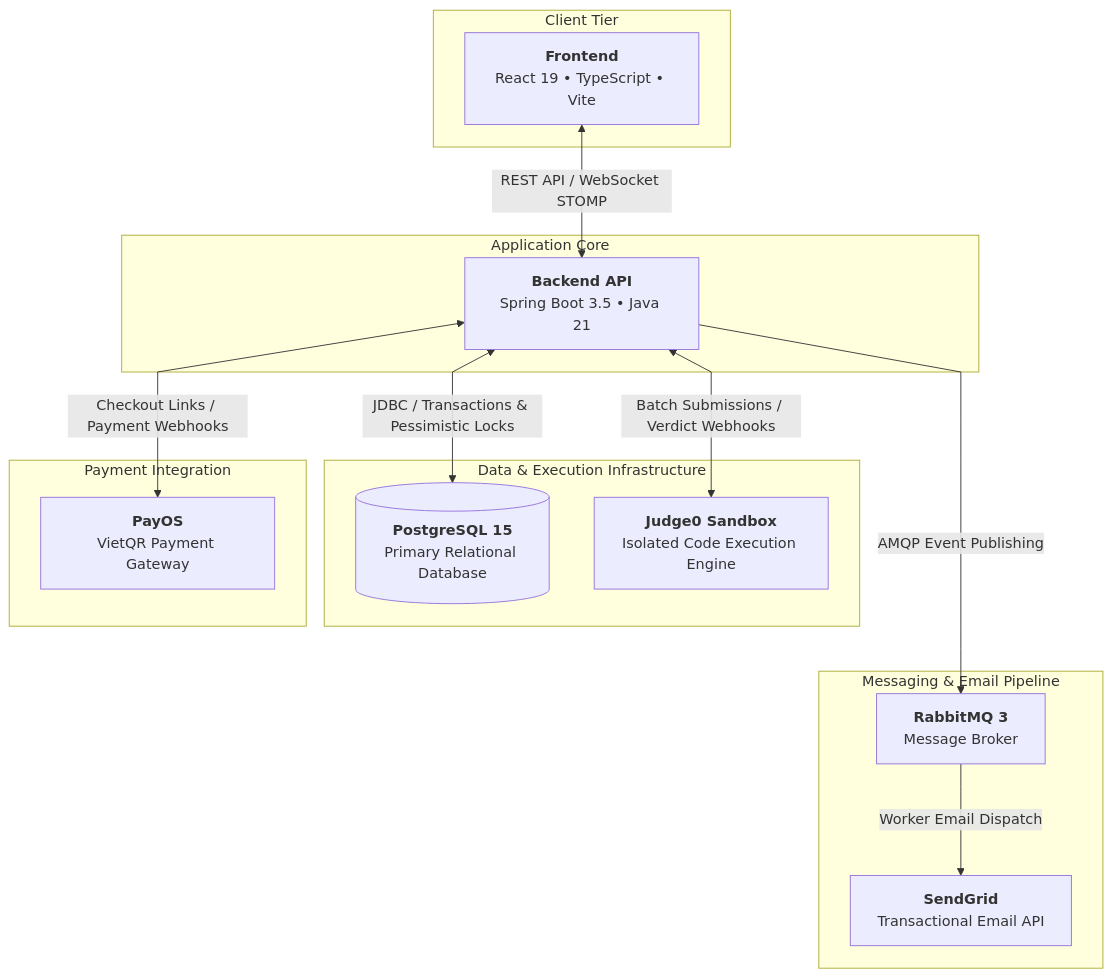
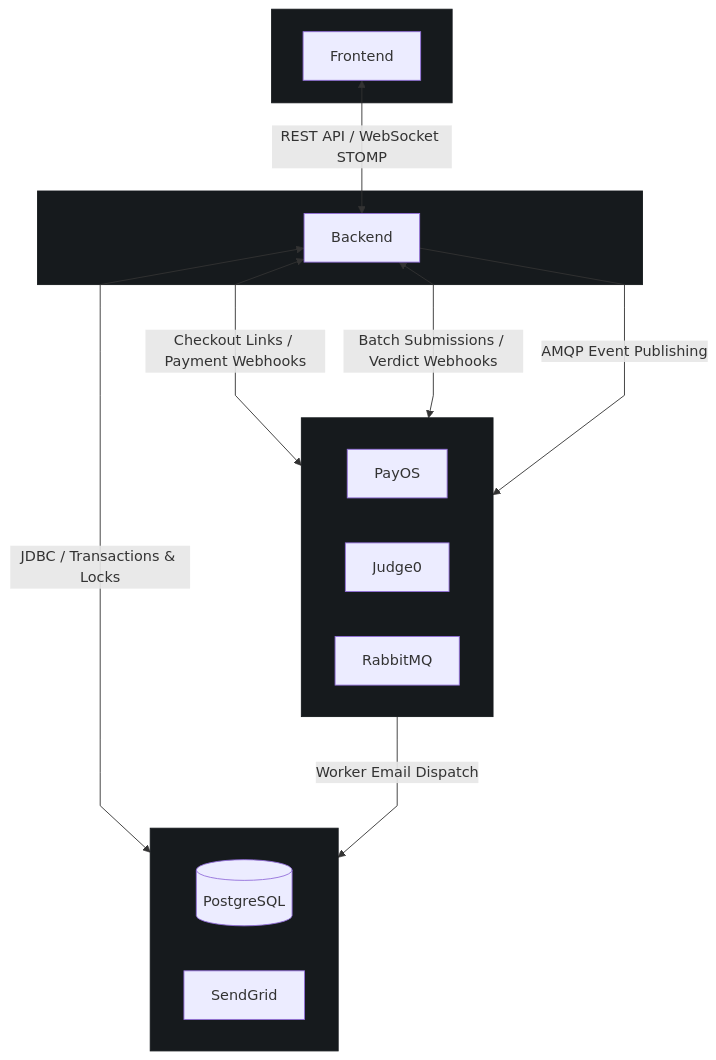
One commit to ThanhMiLa/codelearning changed the diagram in README.md. Above: the diagram before and after it, drawn with Mermaid. The commit also changed other lines of this file, not shown here.

````diff
--- a/README.md
+++ b/README.md
@@ -48,39 +46,36 @@
 ```mermaid
-%%{init: {'flowchart': {'curve': 'linear'}}}%%
+%%{init: {'flowchart': {'curve': 'linear'}, 'themeVariables': {'clusterBkg': '#161a1d', 'clusterBorder': '#161a1d'}}}%%
 flowchart TD
-    subgraph ClientTier ["Client Tier"]
-        FE["<b>Frontend</b><br/>React 19 • TypeScript • Vite"]
+    subgraph ClientTier [" "]
+        FE["Frontend"]
     end
 
-    subgraph CoreTier ["Application Core"]
-        BE["<b>Backend API</b><br/>Spring Boot 3.5 • Java 21"]
+    subgraph CoreTier [" "]
+        BE["Backend"]
     end
 
-    subgraph DataAndExecution ["Data & Execution Infrastructure"]
-        DB[("<b>PostgreSQL 15</b><br/>Primary Relational Database")]
-        JUDGE0["<b>Judge0 Sandbox</b><br/>Isolated Code Execution Engine"]
+    subgraph ServiceRow [" "]
+        direction LR
+        PAYOS["PayOS"]
+        JUDGE0["Judge0"]
+        RABBIT["RabbitMQ"]
     end
 
-    subgraph PaymentGateway ["Payment Integration"]
-        PAYOS["<b>PayOS</b><br/>VietQR Payment Gateway"]
-    end
-
-    subgraph MessagingService ["Messaging & Email Pipeline"]
-        RABBIT["<b>RabbitMQ 3</b><br/>Message Broker"]
-        SENDGRID["<b>SendGrid</b><br/>Transactional Email API"]
+    subgraph StorageAndEmailRow [" "]
+        direction LR
+        DB[("PostgreSQL")]
+        SENDGRID["SendGrid"]
     end
 
     %% Client Communication
     FE <--> |"REST API / WebSocket STOMP"| BE
 
-    %% Internal Database & Sandbox
-    BE <--> |"JDBC / Transactions & Pessimistic Locks"| DB
+    %% External & Execution Services
+    BE <--> |"Checkout Links / Payment Webhooks"| PAYOS
     BE <--> |"Batch Submissions / Verdict Webhooks"| JUDGE0
-
-    %% Payment Gateway
-    BE <--> |"Checkout Links / Payment Webhooks"| PAYOS
-
-    %% Async Email Pipeline
     BE ---> |"AMQP Event Publishing"| RABBIT
     RABBIT ---> |"Worker Email Dispatch"| SENDGRID
+
+    %% Data and email delivery
+    BE <--> |"JDBC / Transactions & Locks"| DB
 ```
````
